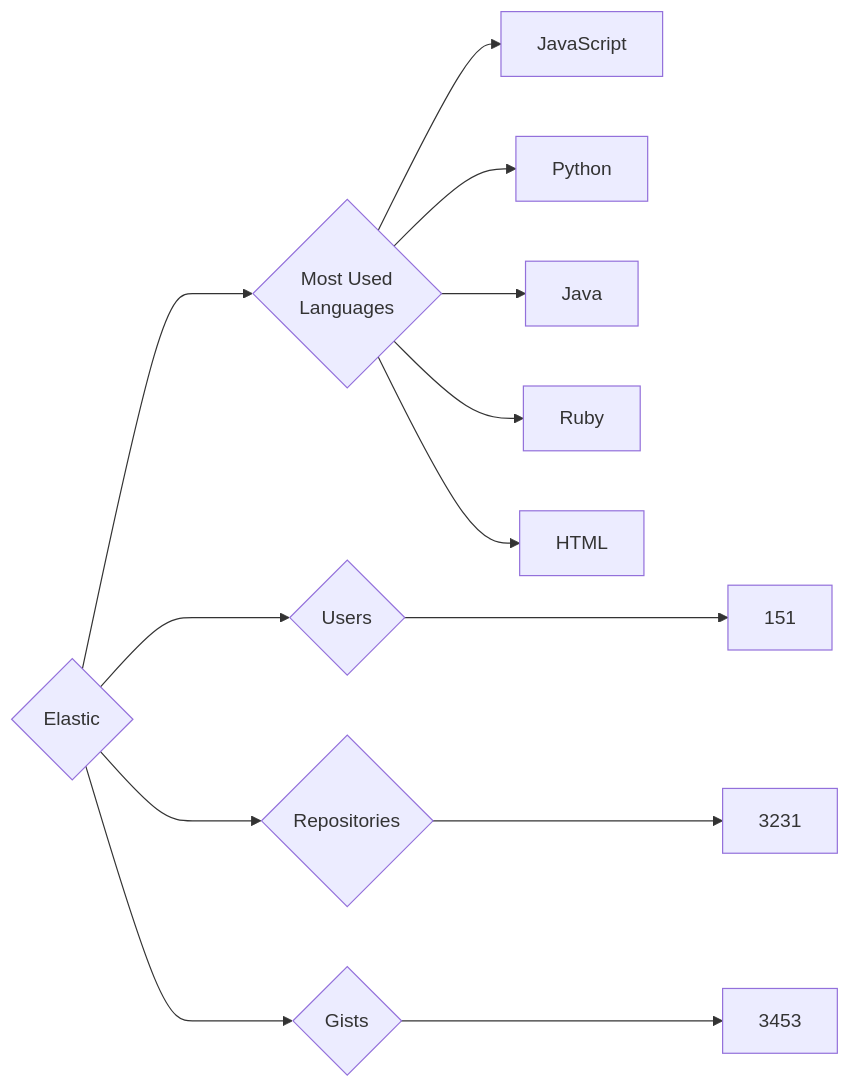
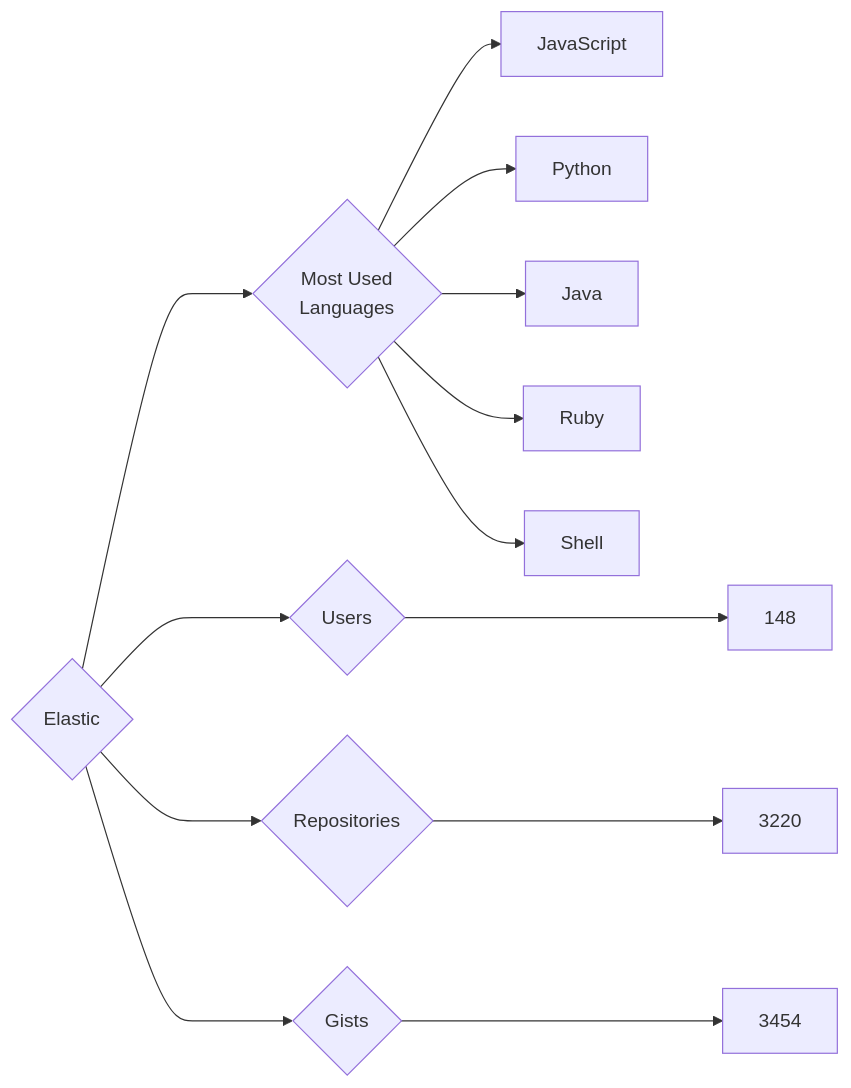
One commit to trickest/insiders changed the diagram in targets/Elastic/README.md. Above: the diagram before and after it, drawn with Mermaid. The commit also changed 998 other files, not shown here.

````diff
--- a/targets/Elastic/README.md
+++ b/targets/Elastic/README.md
@@ -3,13 +3,13 @@
 ```mermaid
 graph LR
 COMPANY_NAME{Elastic}
-COMPANY_NAME ---> U{Users} ---> UN[151]
-COMPANY_NAME ---> R{Repositories} ---> RN[3231]
-COMPANY_NAME ---> G{Gists} ---> GN[3453]
+COMPANY_NAME ---> U{Users} ---> UN[148]
+COMPANY_NAME ---> R{Repositories} ---> RN[3220]
+COMPANY_NAME ---> G{Gists} ---> GN[3454]
 COMPANY_NAME ---> ML{Most Used<br>Languages}
 ML --> JavaScript[JavaScript]
 ML --> Python[Python]
 ML --> Java[Java]
 ML --> Ruby[Ruby]
-ML --> HTML[HTML]
+ML --> Shell[Shell]
 ```
````
